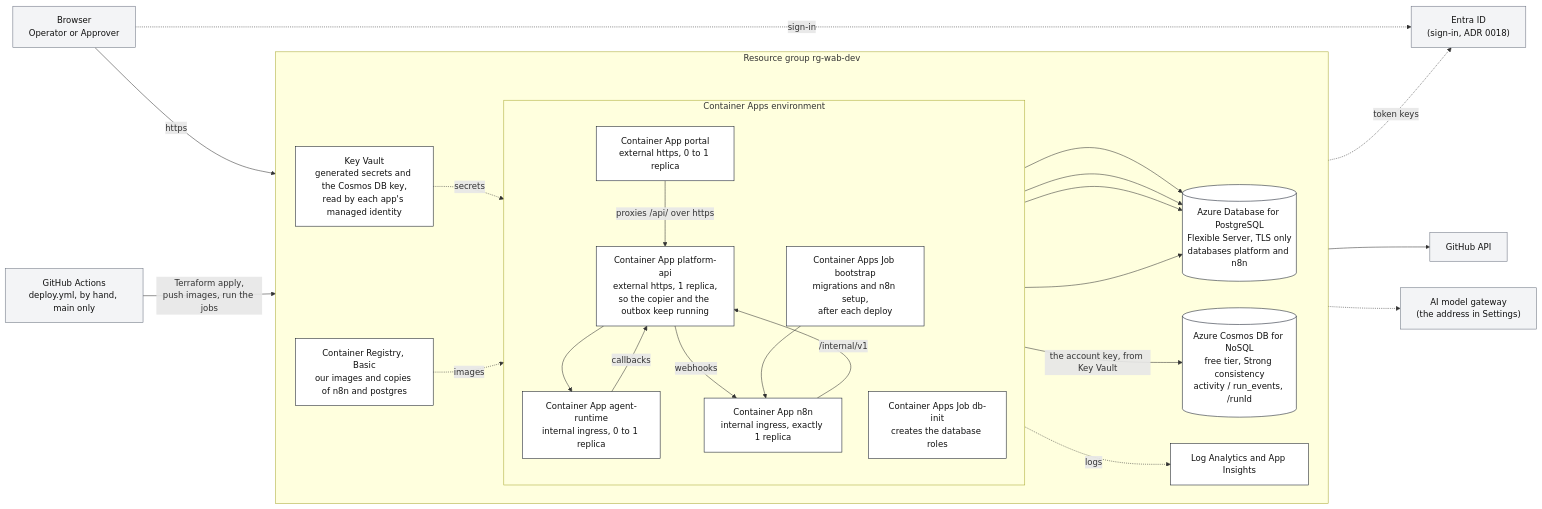
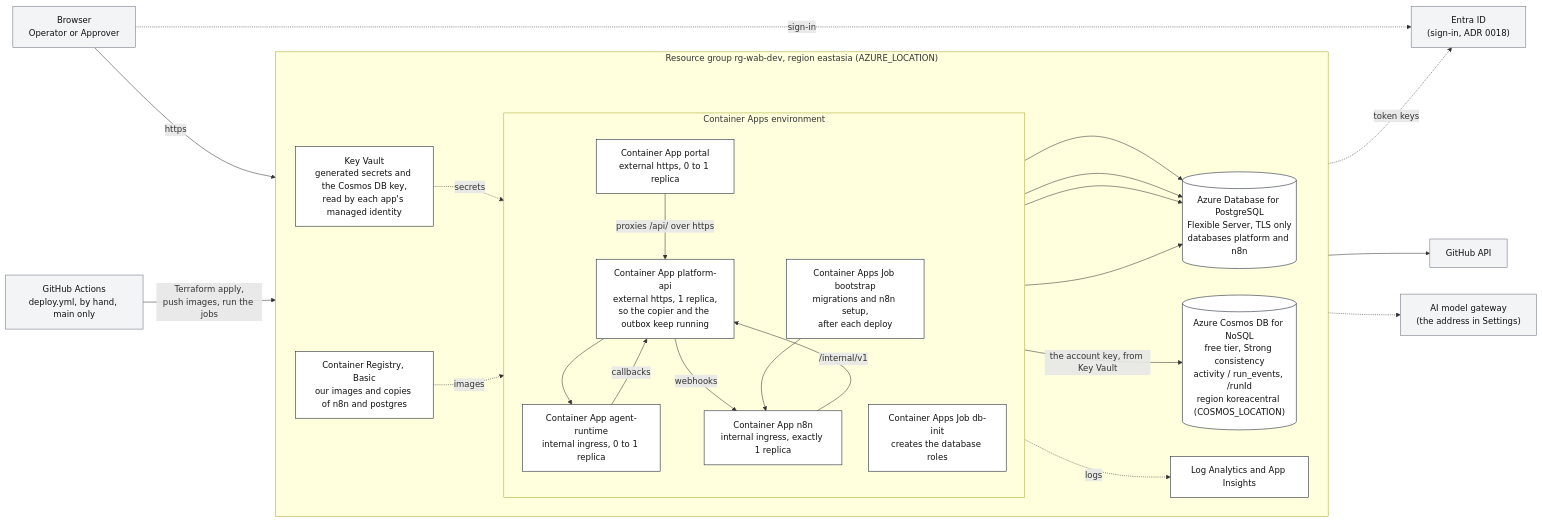
Diagram 12 of 17 in docs/design/diagrams.md (qj1e7/ai-agent-workflow-builder), drawn with Mermaid before and after one commit. The commit also changed other lines of this file and 6 other files, not shown here.

First line of the commit message:
docs(docs): fix the diagrams the P15 review found, and render them again

````diff
--- a/docs/design/diagrams.md
+++ b/docs/design/diagrams.md
@@ -1019,52 +1025,52 @@
 ```mermaid
 flowchart LR
     browser["Browser<br/>Operator or Approver"]
     entra["Entra ID<br/>(sign-in, ADR 0018)"]
     gh["GitHub API"]
     model["AI model gateway<br/>(the address in Settings)"]
     actions["GitHub Actions<br/>deploy.yml, by hand, main only"]
 
-    subgraph rg["Resource group rg-wab-dev"]
+    subgraph rg["Resource group rg-wab-dev, region eastasia (AZURE_LOCATION)"]
         direction LR
         subgraph aca["Container Apps environment"]
             direction TB
             portal["Container App portal<br/>external https, 0 to 1 replica"]
             api["Container App platform-api<br/>external https, 1 replica,<br/>so the copier and the outbox keep running"]
             agent["Container App agent-runtime<br/>internal ingress, 0 to 1 replica"]
             n8n["Container App n8n<br/>internal ingress, exactly 1 replica"]
             dbinit["Container Apps Job db-init<br/>creates the database roles"]
             boot["Container Apps Job bootstrap<br/>migrations and n8n setup,<br/>after each deploy"]
         end
         pg[("Azure Database for PostgreSQL<br/>Flexible Server, TLS only<br/>databases platform and n8n")]
-        cosmos[("Azure Cosmos DB for NoSQL<br/>free tier, Strong consistency<br/>activity / run_events, /runId")]
+        cosmos[("Azure Cosmos DB for NoSQL<br/>free tier, Strong consistency<br/>activity / run_events, /runId<br/>region koreacentral (COSMOS_LOCATION)")]
         kv["Key Vault<br/>generated secrets and the Cosmos DB key,<br/>read by each app's managed identity"]
         acr["Container Registry, Basic<br/>our images and copies of n8n and postgres"]
         logs["Log Analytics and App Insights"]
     end
 
     browser -- "https" --> portal
     portal -- "proxies /api/ over https" --> api
     browser -. "sign-in" .-> entra
     api -. "token keys" .-> entra
     api --> agent
     agent -- "callbacks" --> api
     api -- "webhooks" --> n8n
     n8n -- "/internal/v1" --> api
     api --> pg
     n8n --> pg
     dbinit --> pg
     boot --> pg
     boot --> n8n
     api -- "the account key, from Key Vault" --> cosmos
     agent --> gh
     agent -.-> model
     kv -. "secrets" .-> aca
     acr -. "images" .-> aca
     aca -. "logs" .-> logs
     actions -- "Terraform apply,<br/>push images, run the jobs" --> rg
 
     classDef az fill:#ffffff,stroke:#111827,color:#111
     classDef ext fill:#f3f4f6,stroke:#6b7280,color:#111
     class portal,api,agent,n8n,dbinit,boot,pg,cosmos,kv,acr,logs az
     class browser,entra,gh,model,actions ext
 ```
````
